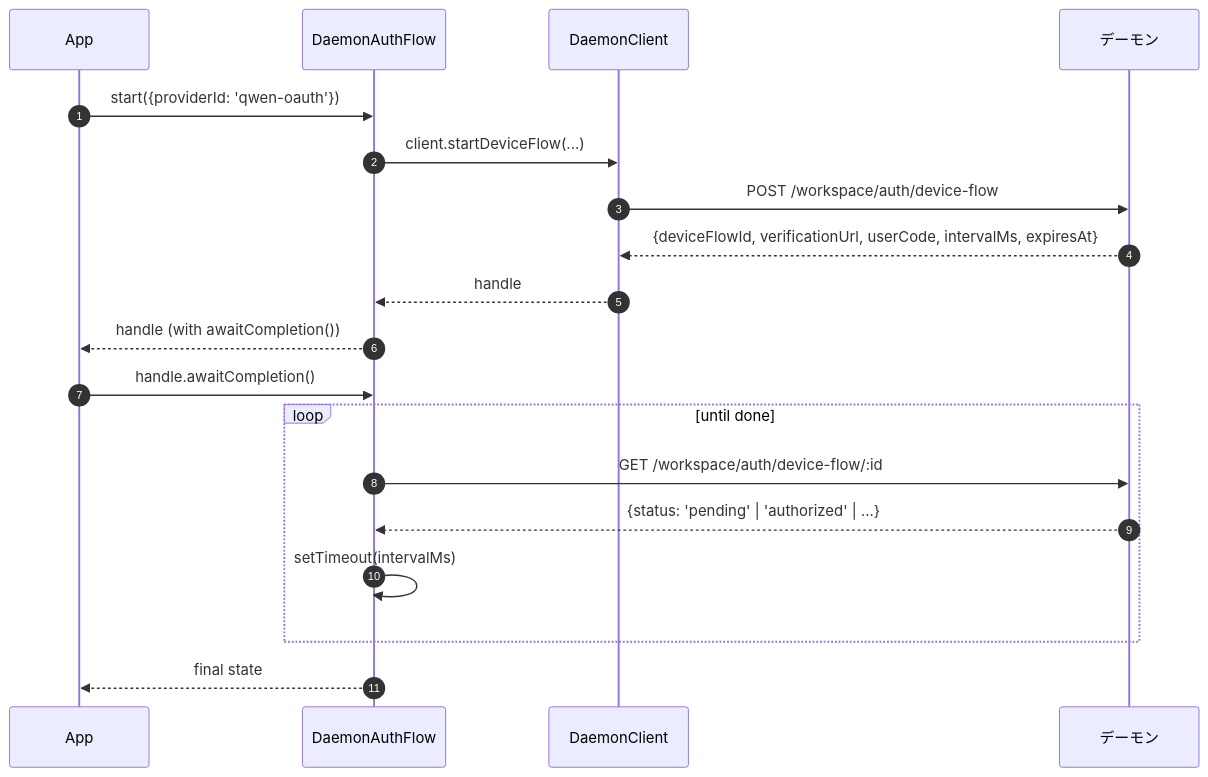
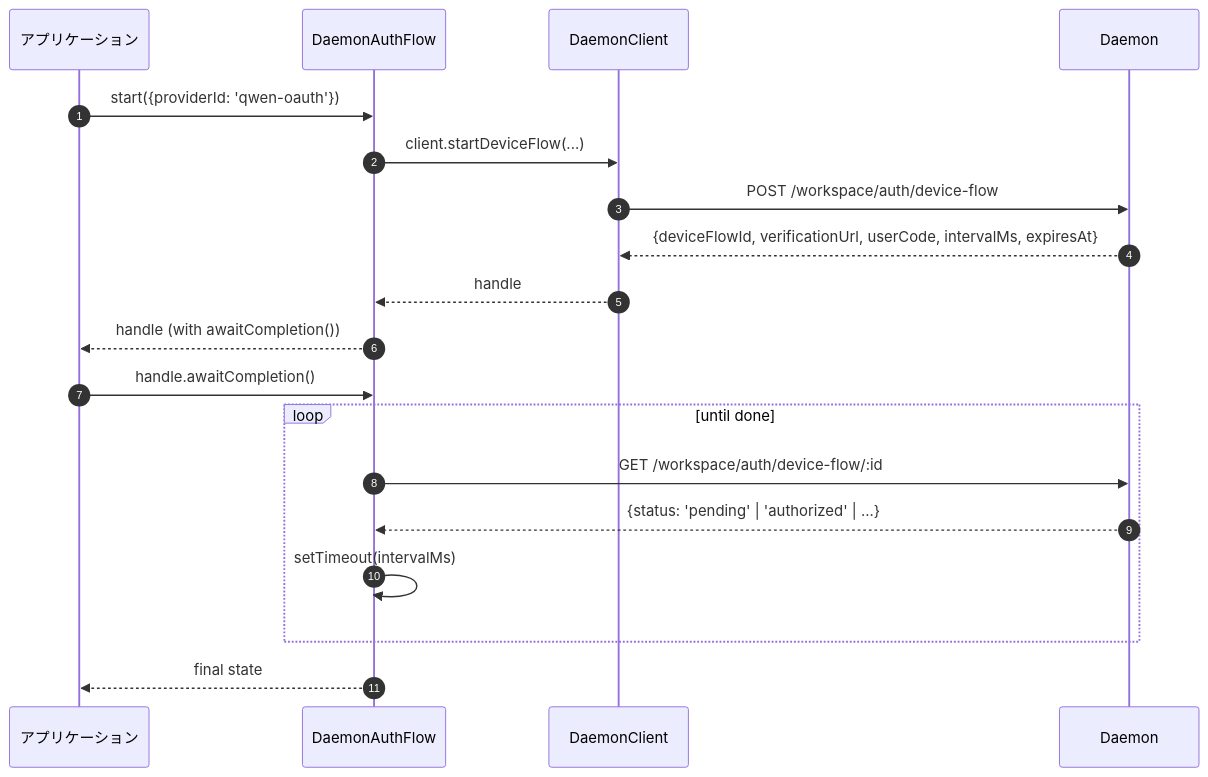
The third of 3 diagrams in website/content/ja/developers/daemon/13-sdk-daemon-client.md (QwenLM/qwen-code-docs), drawn with Mermaid before and after one commit. The commit also changed other lines of this file and 128 other files, not shown here.

````diff
--- a/website/content/ja/developers/daemon/13-sdk-daemon-client.md
+++ b/website/content/ja/developers/daemon/13-sdk-daemon-client.md
@@ -181,22 +195,22 @@
 ```mermaid
 sequenceDiagram
     autonumber
-    participant App as App
+    participant App as アプリケーション
     participant AF as DaemonAuthFlow
     participant DC as DaemonClient
-    participant D as デーモン
+    participant D as Daemon
 
     App->>AF: start({providerId: 'qwen-oauth'})
     AF->>DC: client.startDeviceFlow(...)
     DC->>D: POST /workspace/auth/device-flow
     D-->>DC: {deviceFlowId, verificationUrl, userCode, intervalMs, expiresAt}
     DC-->>AF: handle
     AF-->>App: handle (with awaitCompletion())
     App->>AF: handle.awaitCompletion()
     loop until done
         AF->>D: GET /workspace/auth/device-flow/:id
         D-->>AF: {status: 'pending' | 'authorized' | ...}
         AF->>AF: setTimeout(intervalMs)
     end
     AF-->>App: final state
 ```
````
